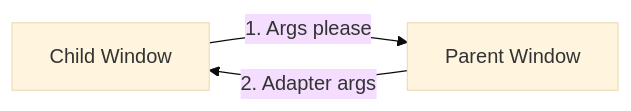
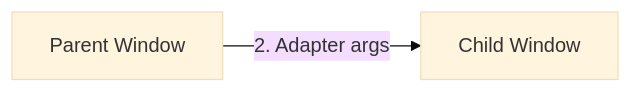
One commit to Azure-Samples/communication-services-javascript-quickstarts changed the second of 2 diagrams in ui-library-click-to-call/README.md. Above: the diagram before and after it, drawn with Mermaid (base theme). The commit also changed other lines of this file, not shown here.

Commit message:
update Chart

````diff
--- a/ui-library-click-to-call/README.md
+++ b/ui-library-click-to-call/README.md
@@ -767,10 +777,8 @@
 ```mermaid
 graph LR
   child[Child Window]
   parent[Parent Window]
   
 
   parent --> |2. Adapter args| child
-  child -->|1. Args please| parent
-  
 ```
````
